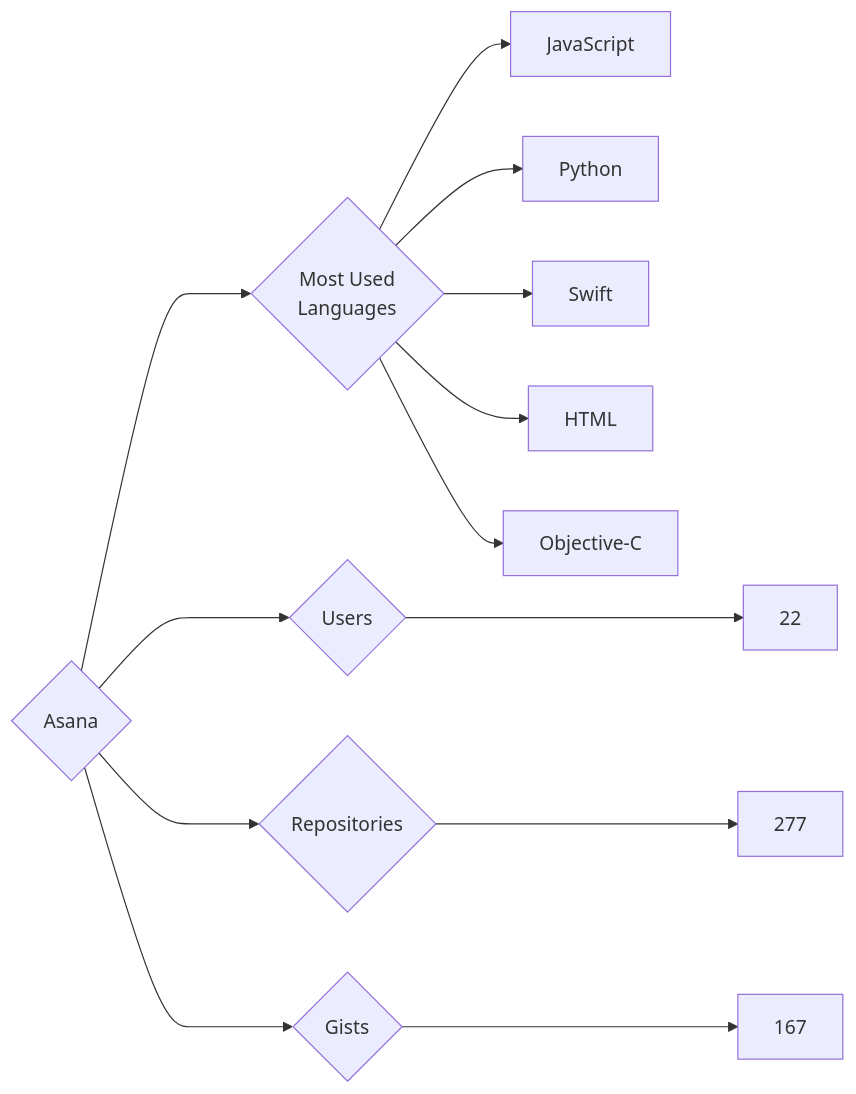
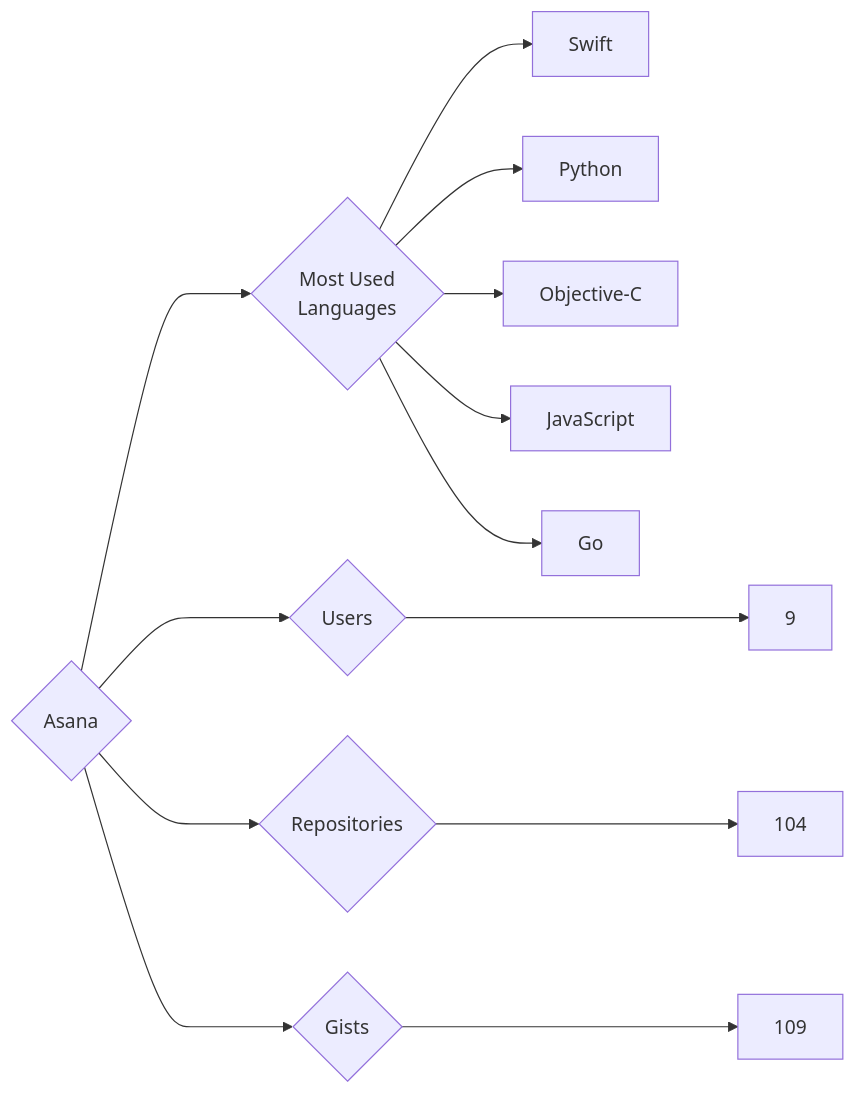
One commit to trickest/insiders changed the diagram in targets/Asana/README.md. Above: the diagram before and after it, drawn with Mermaid. The commit also changed 934 other files, not shown here.

````diff
--- a/targets/Asana/README.md
+++ b/targets/Asana/README.md
@@ -3,13 +3,13 @@
 ```mermaid
 graph LR
 COMPANY_NAME{Asana}
-COMPANY_NAME ---> U{Users} ---> UN[22]
-COMPANY_NAME ---> R{Repositories} ---> RN[277]
-COMPANY_NAME ---> G{Gists} ---> GN[167]
+COMPANY_NAME ---> U{Users} ---> UN[9]
+COMPANY_NAME ---> R{Repositories} ---> RN[104]
+COMPANY_NAME ---> G{Gists} ---> GN[109]
 COMPANY_NAME ---> ML{Most Used<br>Languages}
+ML --> Swift[Swift]
+ML --> Python[Python]
+ML --> Objective-C[Objective-C]
 ML --> JavaScript[JavaScript]
-ML --> Python[Python]
-ML --> Swift[Swift]
-ML --> HTML[HTML]
-ML --> Objective-C[Objective-C]
+ML --> Go[Go]
 ```
````
